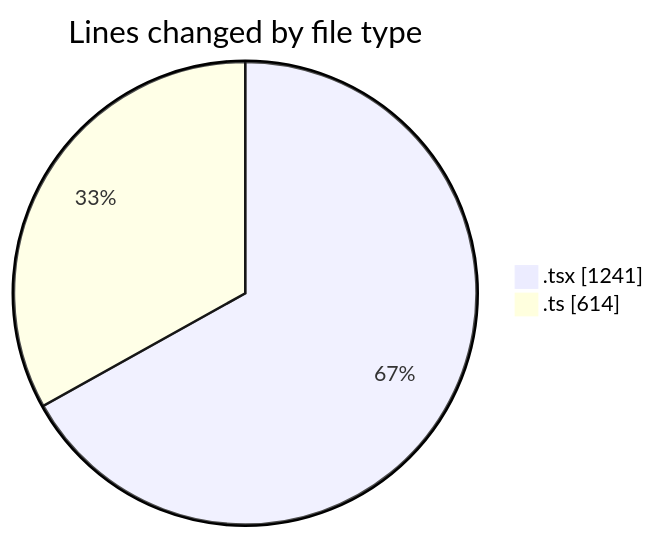
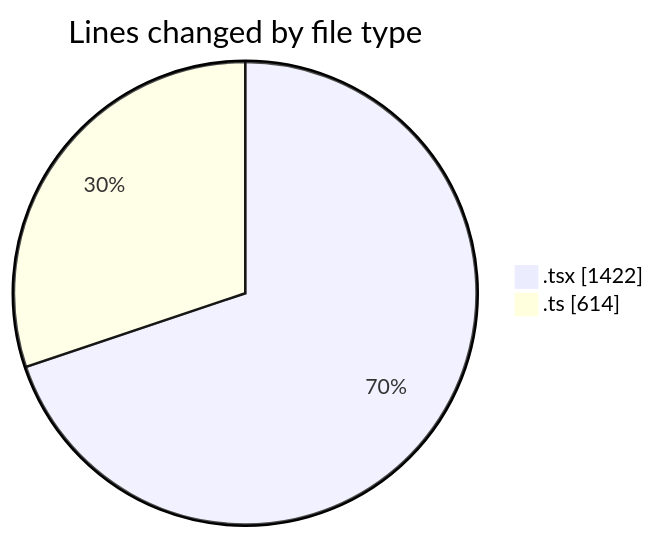
Before and after one commit to nxtqubesakshisongat/code-tracking: the first of 2 diagrams in 2026-05-18/nxtqube_webapp/README.md, drawn with Mermaid. The commit also changed other lines of this file and 1 other file, not shown here.

````diff
--- a/2026-05-18/nxtqube_webapp/README.md
+++ b/2026-05-18/nxtqube_webapp/README.md
@@ -25,6 +25,6 @@
 ```mermaid
 pie showData
 title Lines changed by file type
-".tsx" : 1241
+".tsx" : 1422
 ".ts" : 614
 ```
````
